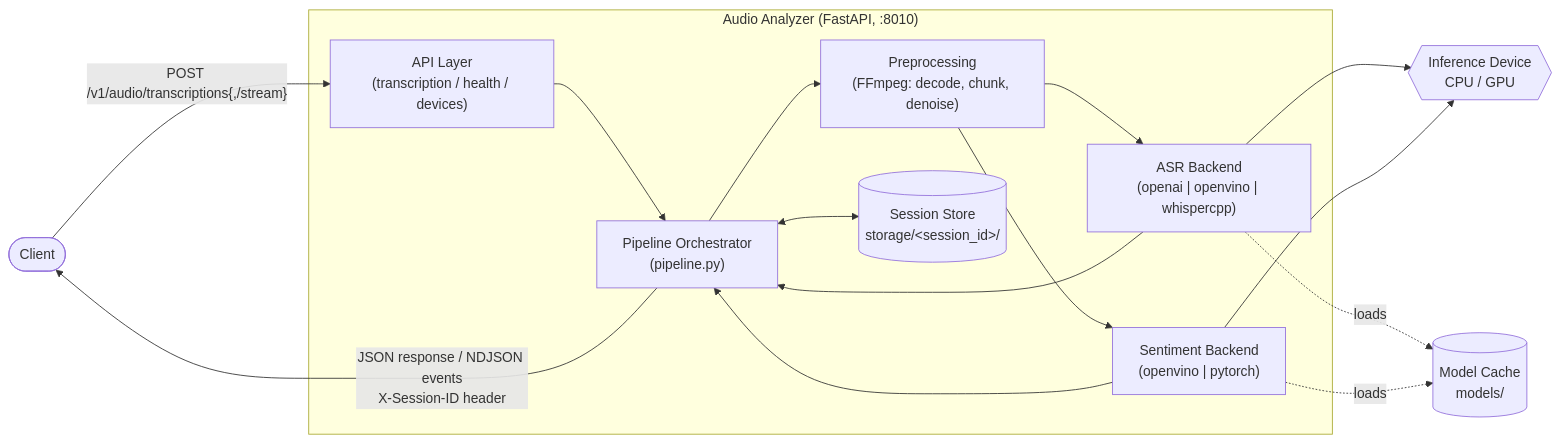
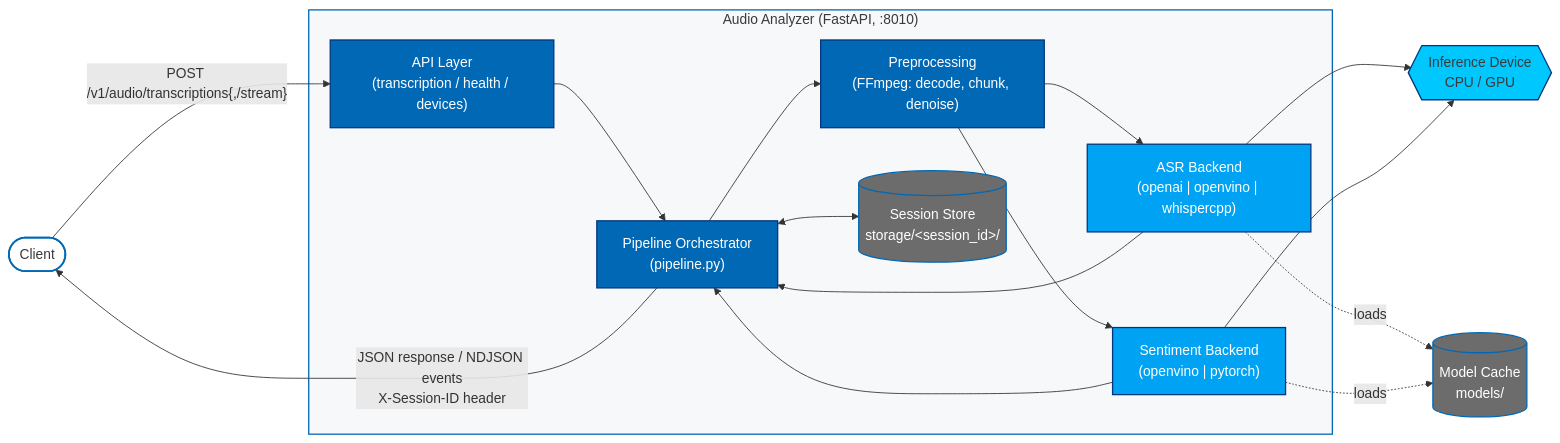
One commit to open-edge-platform/edge-ai-libraries changed the diagram in microservices/audio-analyzer/docs/how-it-works.md. Above: the diagram before and after it, drawn with Mermaid. The commit also changed 1 other file, not shown here.

Commit message:
architecture added

````diff
--- a/microservices/audio-analyzer/docs/how-it-works.md
+++ b/microservices/audio-analyzer/docs/how-it-works.md
@@ -14,30 +14,64 @@
 ```mermaid
+%%{init: {
+  'theme': 'base',
+  'themeVariables': {
+    'fontFamily': '"IntelOne Display", "Intel Clear", "Inter", "Segoe UI", Arial, sans-serif',
+    'fontSize': '14px',
+    'primaryColor': '#0068B5',
+    'primaryTextColor': '#FFFFFF',
+    'primaryBorderColor': '#00377C',
+    'lineColor': '#00377C',
+    'secondaryColor': '#EEF3F8',
+    'tertiaryColor': '#F7F8FA',
+    'background': '#FFFFFF',
+    'mainBkg': '#FFFFFF',
+    'clusterBkg': '#F7F8FA',
+    'clusterBorder': '#0068B5',
+    'edgeLabelBackground': '#FFFFFF',
+    'noteBkgColor': '#F7F8FA',
+    'noteTextColor': '#3A3A3A'
+  }
+}}%%
 flowchart LR
     Client([Client])
 
     subgraph Service["Audio Analyzer (FastAPI, :8010)"]
         API["API Layer<br/>(transcription / health / devices)"]
         Pipeline["Pipeline Orchestrator<br/>(pipeline.py)"]
         Pre["Preprocessing<br/>(FFmpeg: decode, chunk, denoise)"]
         ASR["ASR Backend<br/>(openai | openvino | whispercpp)"]
         Sent["Sentiment Backend<br/>(openvino | pytorch)"]
         Session[("Session Store<br/>storage/&lt;session_id&gt;/")]
     end
 
     Models[("Model Cache<br/>models/")]
     Device{{"Inference Device<br/>CPU / GPU"}}
 
     Client -- "POST /v1/audio/transcriptions{,/stream}" --> API
     API --> Pipeline
     Pipeline --> Pre
     Pre --> ASR
     Pre --> Sent
     ASR --> Device
     Sent --> Device
     ASR --> Pipeline
     Sent --> Pipeline
     Pipeline <--> Session
     ASR -. loads .-> Models
     Sent -. loads .-> Models
     Pipeline -- "JSON response / NDJSON events<br/>X-Session-ID header" --> Client
+
+    classDef client fill:#FFFFFF,stroke:#0068B5,stroke-width:2px,color:#3A3A3A;
+    classDef core fill:#0068B5,stroke:#00377C,stroke-width:1.5px,color:#FFFFFF;
+    classDef backend fill:#00A3F4,stroke:#00377C,stroke-width:1.5px,color:#FFFFFF;
+    classDef store fill:#6C6C6C,stroke:#0068B5,stroke-width:1.5px,color:#FFFFFF;
+    classDef device fill:#00C7FD,stroke:#00377C,stroke-width:1.5px,color:#3A3A3A;
+
+    class Client client;
+    class API,Pipeline,Pre core;
+    class ASR,Sent backend;
+    class Session,Models store;
+    class Device device;
+
+    style Service fill:#F7F8FA,stroke:#0068B5,stroke-width:1.5px,color:#3A3A3A;
 ```
````
